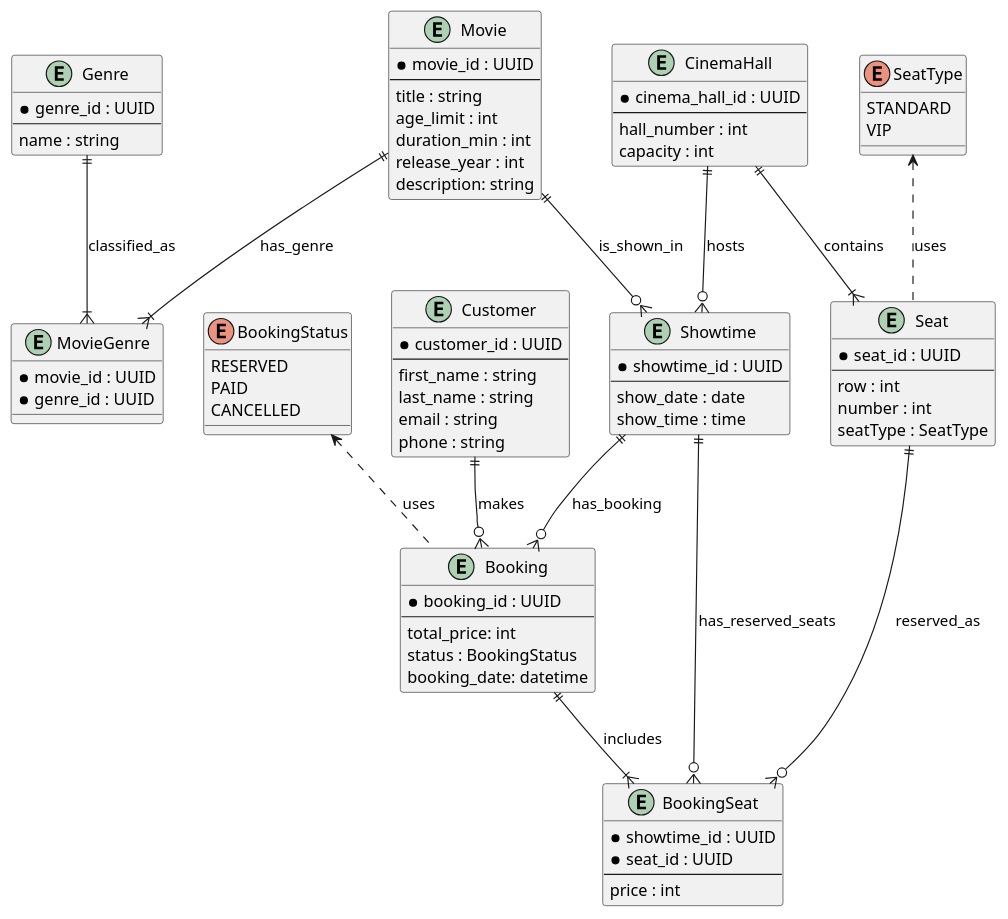
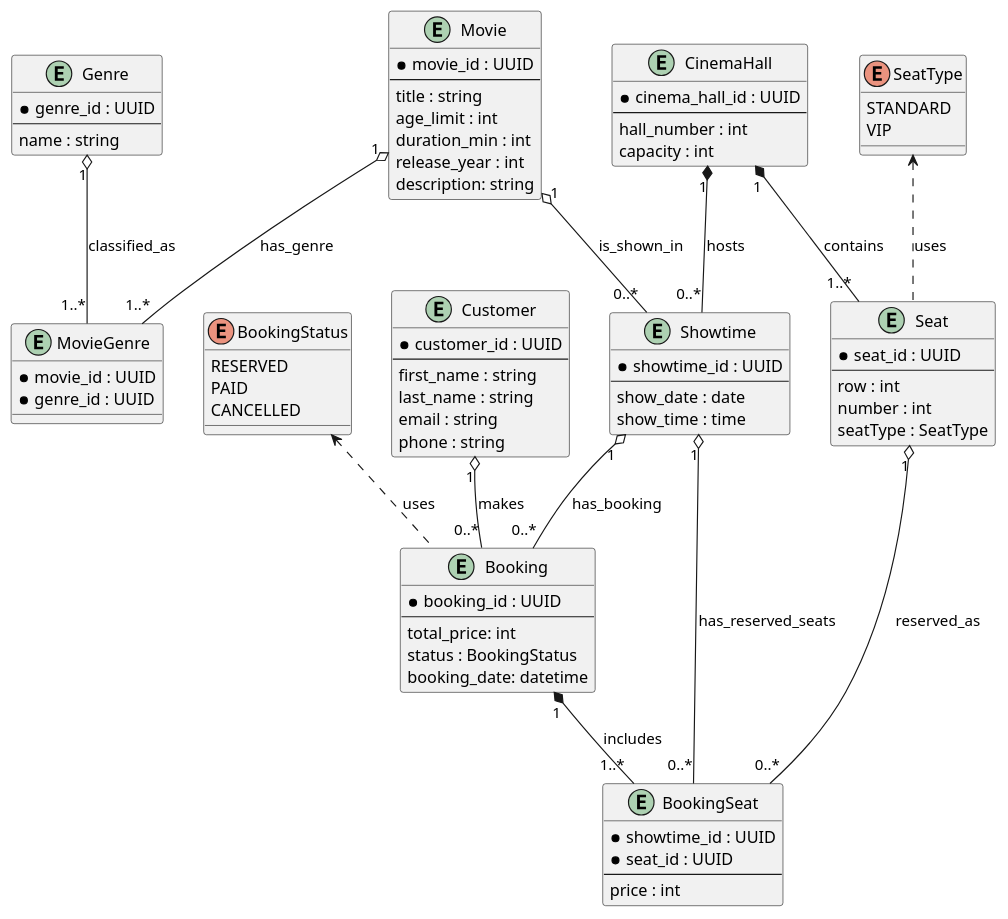
One commit to Fererra/KPI changed the diagram in Lab1/cinema.puml. Above: the diagram before and after it, drawn with PlantUML.

Commit message:
refactor: replace crow's foot notation with UML aggregation/composition

```diff
--- a/Lab1/cinema.puml
+++ b/Lab1/cinema.puml
@@ -1,95 +1,100 @@
 @startuml
 
 enum SeatType {
   STANDARD
   VIP
 }
 
 enum BookingStatus {
   RESERVED
   PAID
   CANCELLED
 }
 
 entity Movie {
   *movie_id : UUID
   --
   title : string
   age_limit : int
   duration_min : int
   release_year : int
   description: string
 }
 
 entity Genre {
   *genre_id : UUID
   --
   name : string
 }
 
 entity MovieGenre {
   *movie_id : UUID
   *genre_id : UUID
 }
 
 entity CinemaHall {
   *cinema_hall_id : UUID
   --
   hall_number : int
   capacity : int
 }
 
 entity Seat {
   *seat_id : UUID
   --
   row : int
   number : int
   seatType : SeatType
 }
 
 entity Showtime {
   *showtime_id : UUID
   --
   show_date : date
   show_time : time
 }
 
 
 entity Customer {
   *customer_id : UUID
   --
   first_name : string
   last_name : string
   email : string
   phone : string
 }
 
 entity Booking {
   *booking_id : UUID
   --
   total_price: int
   status : BookingStatus
   booking_date: datetime
 }
 
 entity BookingSeat {
   *showtime_id : UUID
   *seat_id : UUID
   --
   price : int
 }
 
 SeatType <.. Seat : uses
 BookingStatus <.. Booking : uses
 
-Movie ||--|{ MovieGenre : has_genre
-Genre ||--|{ MovieGenre : classified_as
-Movie ||--o{ Showtime : is_shown_in
-CinemaHall ||--|{ Seat : contains
-CinemaHall ||--o{ Showtime : hosts
-Seat ||--o{ BookingSeat : reserved_as
-Booking ||--|{ BookingSeat : includes
-Showtime ||--o{ Booking : has_booking
-Showtime ||--o{ BookingSeat : has_reserved_seats
-Customer ||--o{ Booking : makes
+Movie "1" o-- "1..*" MovieGenre : has_genre 
+Genre "1" o-- "1..*" MovieGenre : classified_as
+ 
+Movie "1" o-- "0..*" Showtime : is_shown_in
+
+CinemaHall "1" *-- "1..*" Seat : contains
+CinemaHall "1" *-- "0..*" Showtime : hosts 
+
+Seat "1" o-- "0..*" BookingSeat : reserved_as
+Booking "1" *-- "1..*" BookingSeat : includes
+
+Showtime "1" o-- "0..*" Booking : has_booking
+Showtime "1" o-- "0..*" BookingSeat : has_reserved_seats
+
+Customer "1" o-- "0..*" Booking : makes
 @enduml
```
